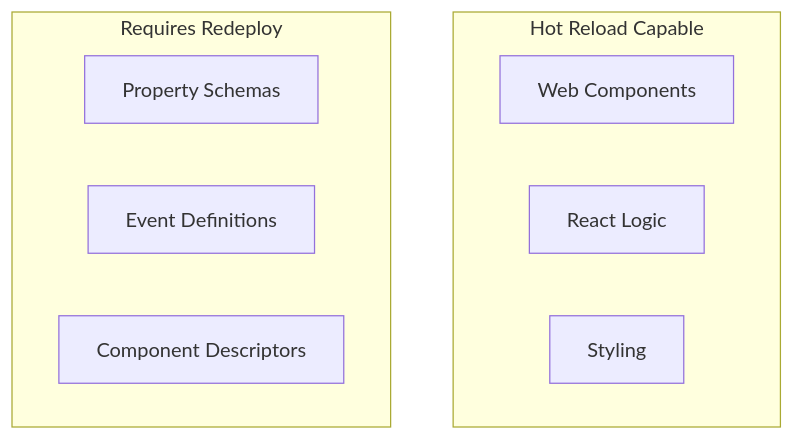
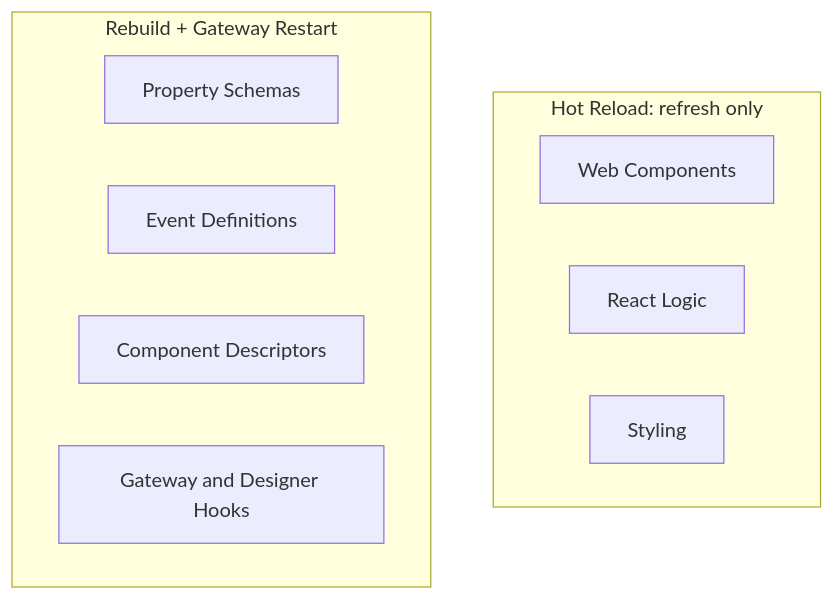
One commit to keith-gamble/example-perspective-component-module changed the diagram in docs/docs/2-Development/2-hot-reload.md. Above: the diagram before and after it, drawn with Mermaid. The commit also changed other lines of this file and 33 other files, not shown here.

````diff
--- a/docs/docs/2-Development/2-hot-reload.md
+++ b/docs/docs/2-Development/2-hot-reload.md
@@ -43,14 +13,15 @@
 ```mermaid
 graph TB
-    subgraph "Hot Reload Capable"
+    subgraph "Hot Reload: refresh only"
         A[Web Components]
         B[React Logic]
         C[Styling]
     end
 
-    subgraph "Requires Redeploy"
+    subgraph "Rebuild + Gateway Restart"
         E[Property Schemas]
         F[Event Definitions]
         G[Component Descriptors]
+        H[Gateway and Designer Hooks]
     end
 ```
````
